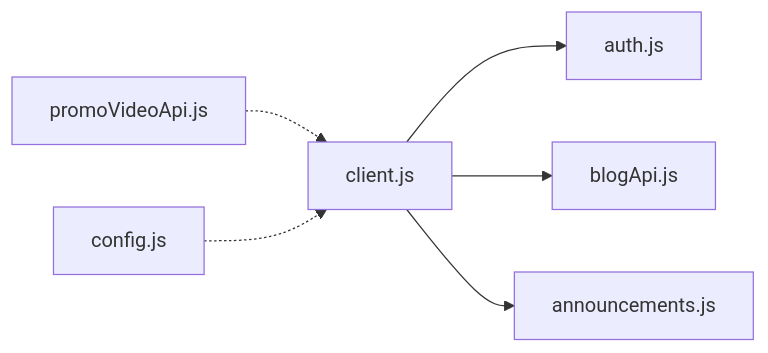
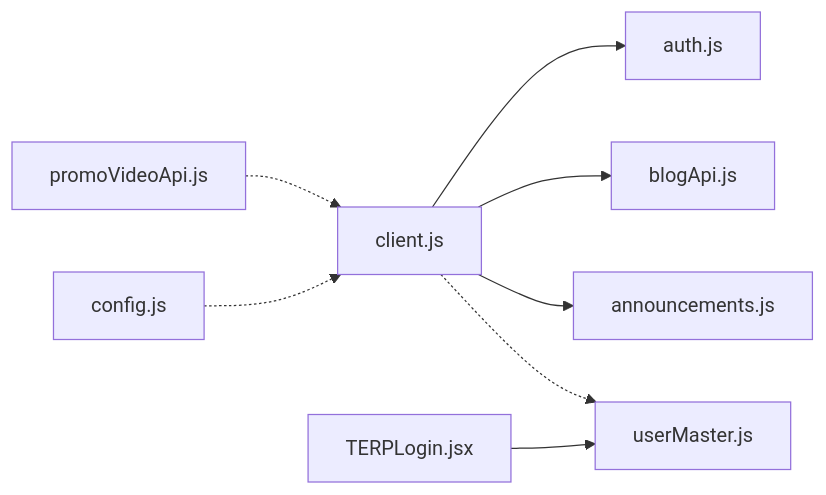
The ninth of 9 diagrams in .qoder/repowiki/en/content/API Integration Layer/API Integration Layer.md (imcbsglobal/TRELLISCO_ERP_FRONTEND), drawn with Mermaid before and after one commit. The commit also changed other lines of this file and 15 other files, not shown here.

````diff
--- a/.qoder/repowiki/en/content/API Integration Layer/API Integration Layer.md
+++ b/.qoder/repowiki/en/content/API Integration Layer/API Integration Layer.md
@@ -393,8 +497,10 @@
 ```mermaid
 graph LR
 Client["client.js"] --> Auth["auth.js"]
 Client --> Blog["blogApi.js"]
 Client --> Ann["announcements.js"]
+Client -.-> UserMaster["userMaster.js"]
 Promo["promoVideoApi.js"] -.-> Client
+TERPLogin["TERPLogin.jsx"] --> UserMaster
 Config["config.js"] -.-> Client
 ```
````
